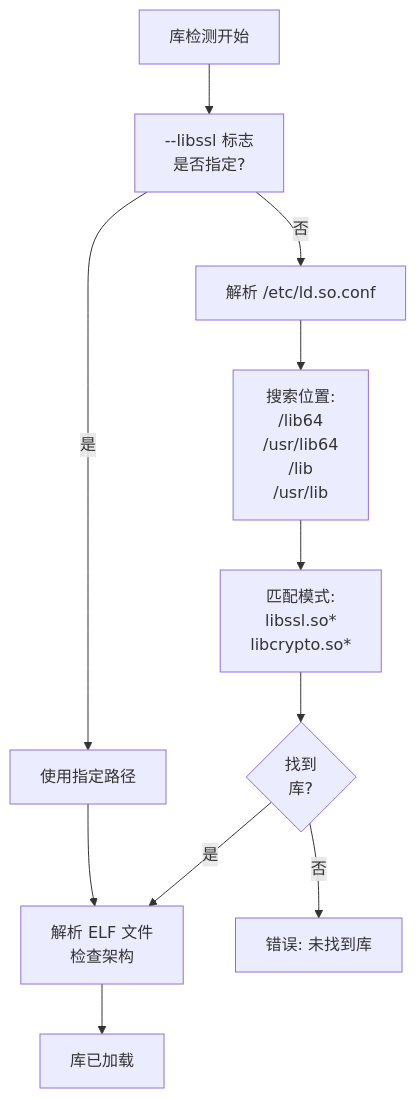
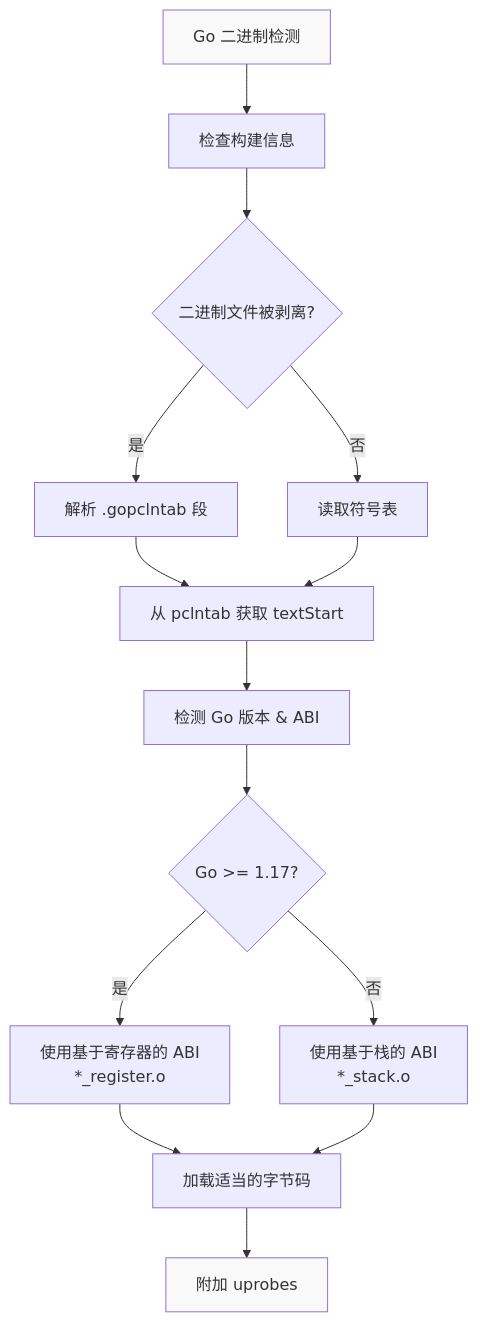
Before and after one commit to gojue/ecapture.cc: the fourth of 10 diagrams in src/zh/6-troubleshooting-and-faq/index.md, drawn with Mermaid. The commit also changed other lines of this file and 115 other files, not shown here.

````diff
--- a/src/zh/6-troubleshooting-and-faq/index.md
+++ b/src/zh/6-troubleshooting-and-faq/index.md
@@ -278,24 +192,19 @@
 ```mermaid
 graph TB
-    START["库检测开始"]
-    LIBSSL["--libssl 标志<br/>是否指定?"]
-    MANUAL["使用指定路径"]
-    LDCONF["解析 /etc/ld.so.conf"]
-    SEARCH["搜索位置:<br/>/lib64<br/>/usr/lib64<br/>/lib<br/>/usr/lib"]
-    PATTERN["匹配模式:<br/>libssl.so*<br/>libcrypto.so*"]
-    FOUND{"找到<br/>库?"}
-    ERROR["错误: 未找到库"]
-    ELF["解析 ELF 文件<br/>检查架构"]
-    SUCCESS["库已加载"]
+    Start["Go 二进制检测"] --> CheckBuild["检查构建信息"]
+    CheckBuild --> Stripped{二进制文件被剥离?}
+    Stripped -->|是| UsePCLN["解析 .gopclntab 段"]
+    Stripped -->|否| ReadSymbols["读取符号表"]
+    UsePCLN --> FindText["从 pclntab 获取 textStart"]
+    ReadSymbols --> FindText
+    FindText --> DetectABI["检测 Go 版本 & ABI"]
+    DetectABI --> ABIType{Go >= 1.17?}
+    ABIType -->|是| RegABI["使用基于寄存器的 ABI<br/>*_register.o"]
+    ABIType -->|否| StackABI["使用基于栈的 ABI<br/>*_stack.o"]
+    RegABI --> LoadBytecode["加载适当的字节码"]
+    StackABI --> LoadBytecode
+    LoadBytecode --> Success["附加 uprobes"]
     
-    START --> LIBSSL
-    LIBSSL -->|是| MANUAL
-    LIBSSL -->|否| LDCONF
-    MANUAL --> ELF
-    LDCONF --> SEARCH
-    SEARCH --> PATTERN
-    PATTERN --> FOUND
-    FOUND -->|是| ELF
-    FOUND -->|否| ERROR
-    ELF --> SUCCESS
+    style Start fill:#f9f9f9
+    style Success fill:#f9f9f9
 ```
````
